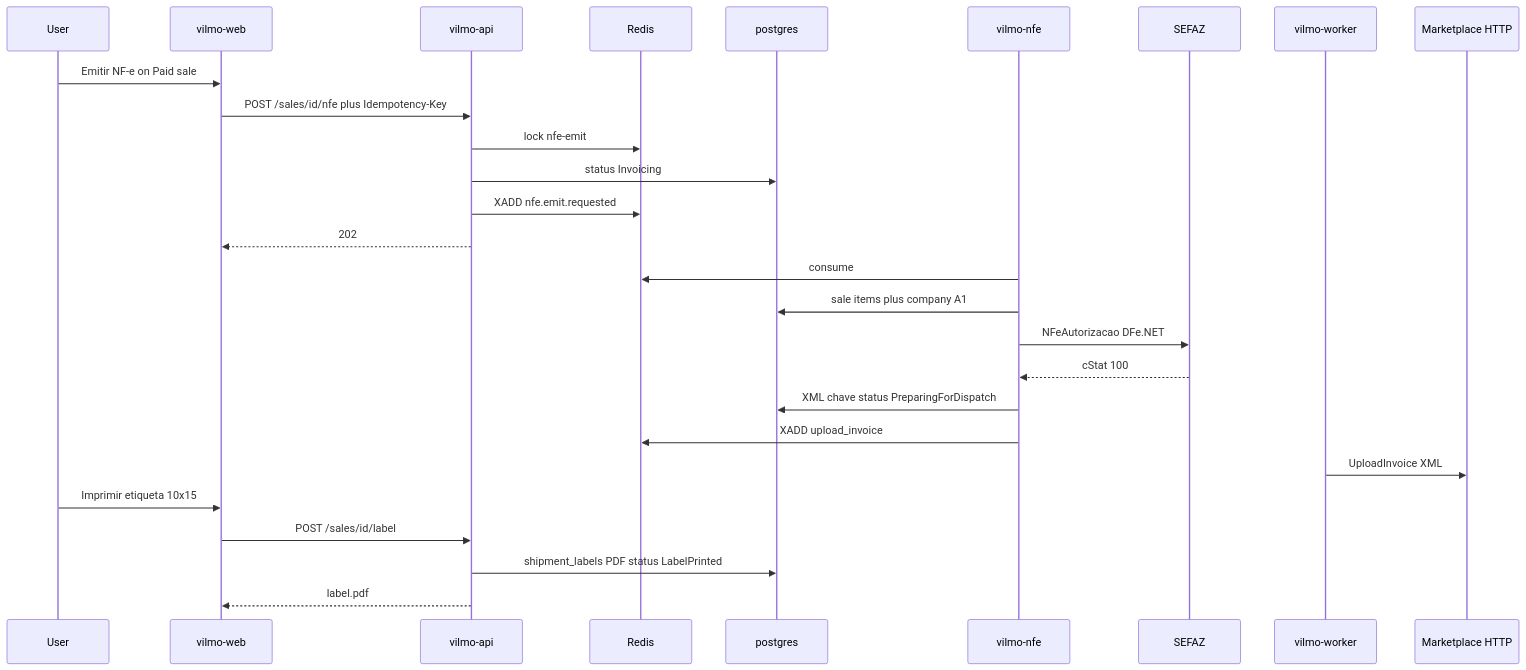
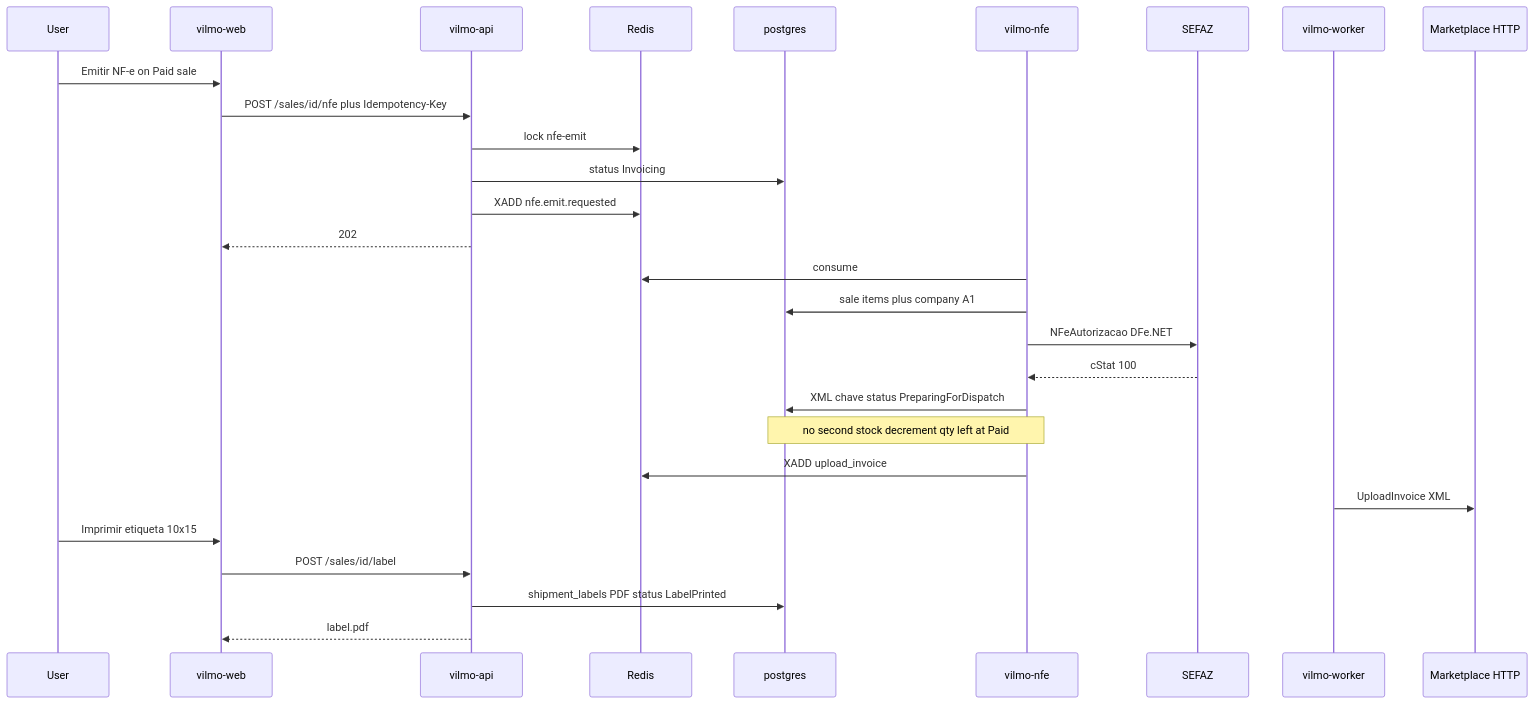
The fifth of 8 diagrams in MD/ARCHITECTURE.md (andrevilmo/VilmoMarketingEngine), drawn with Mermaid before and after one commit. The commit also changed other lines of this file and 13 other files, not shown here.

````diff
--- a/MD/ARCHITECTURE.md
+++ b/MD/ARCHITECTURE.md
@@ -231,30 +236,31 @@
 ```mermaid
 sequenceDiagram
   participant User
   participant Web as vilmo-web
   participant Api as vilmo-api
   participant Redis
   participant Pg as postgres
   participant Nfe as vilmo-nfe
   participant Sefaz as SEFAZ
   participant Worker as vilmo-worker
   participant MPAPI as Marketplace HTTP
 
   User->>Web: Emitir NF-e on Paid sale
   Web->>Api: POST /sales/id/nfe plus Idempotency-Key
   Api->>Redis: lock nfe-emit
   Api->>Pg: status Invoicing
   Api->>Redis: XADD nfe.emit.requested
   Api-->>Web: 202
   Nfe->>Redis: consume
   Nfe->>Pg: sale items plus company A1
   Nfe->>Sefaz: NFeAutorizacao DFe.NET
   Sefaz-->>Nfe: cStat 100
   Nfe->>Pg: XML chave status PreparingForDispatch
+  Note over Nfe,Pg: no second stock decrement qty left at Paid
   Nfe->>Redis: XADD upload_invoice
   Worker->>MPAPI: UploadInvoice XML
   User->>Web: Imprimir etiqueta 10x15
   Web->>Api: POST /sales/id/label
   Api->>Pg: shipment_labels PDF status LabelPrinted
   Api-->>Web: label.pdf
 ```
````
